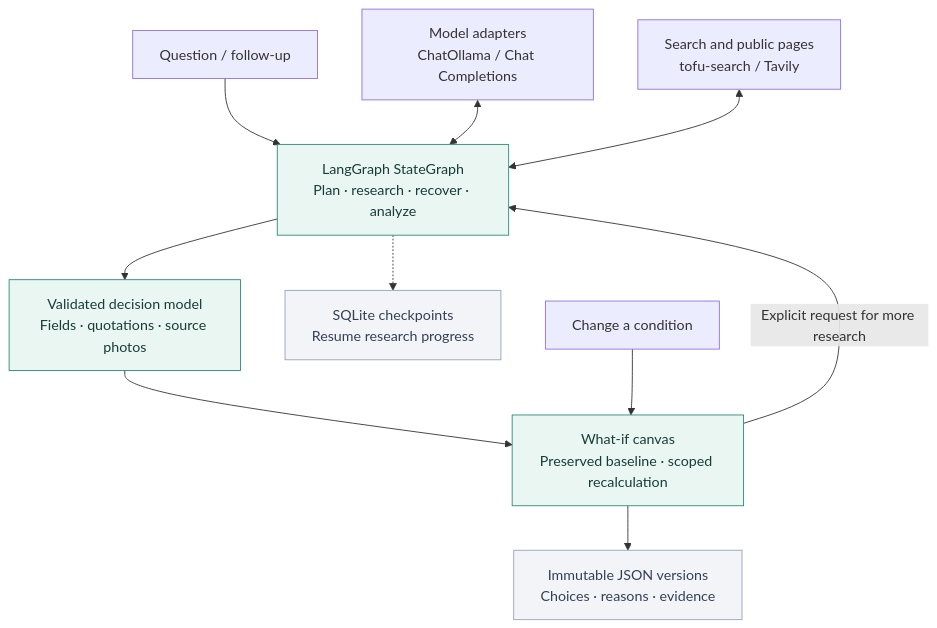
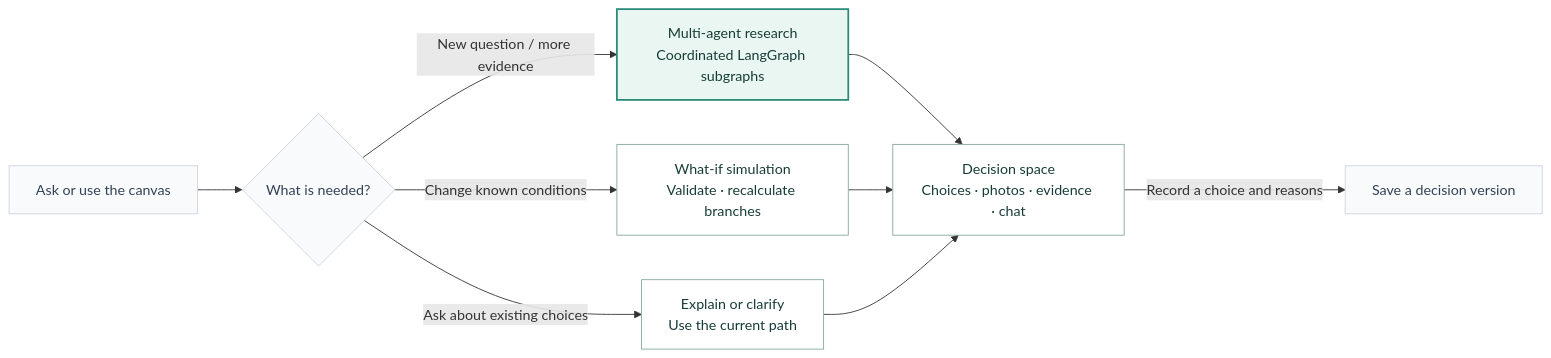
The first of 2 diagrams in docs/i18n/README.en.md (mianwtt/prism), drawn with Mermaid before and after one commit. The commit also changed other lines of this file and 51 other files, not shown here.

Commit message:
feat: publish specialist agents and refresh bilingual architecture

````diff
--- a/docs/i18n/README.en.md
+++ b/docs/i18n/README.en.md
@@ -93,16 +113,17 @@
 ```mermaid
-flowchart TB
-  Question["Question / follow-up"] --> Agent["LangGraph StateGraph<br/>Plan · research · recover · analyze"]
-  Model["Model adapters<br/>ChatOllama / Chat Completions"] <--> Agent
-  Tools["Search and public pages<br/>tofu-search / Tavily"] <--> Agent
-  Agent --> Evidence["Validated decision model<br/>Fields · quotations · source photos"]
-  Agent -.-> Checkpoints["SQLite checkpoints<br/>Resume research progress"]
-  Evidence --> Canvas["What-if canvas<br/>Preserved baseline · scoped recalculation"]
-  Conditions["Change a condition"] --> Canvas
-  Canvas --> Memory["Immutable JSON versions<br/>Choices · reasons · evidence"]
-  Canvas -->|Explicit request for more research| Agent
-  classDef agent fill:#eaf6f1,stroke:#2b8a78,color:#173d36;
-  classDef store fill:#f2f4f8,stroke:#94a3b8,color:#334155;
-  class Agent,Evidence,Canvas agent;
-  class Checkpoints,Memory store;
+flowchart LR
+  Input["Ask or use the canvas"] --> Route{"What is needed?"}
+  Route -->|New question / more evidence| Research["Multi-agent research<br/>Coordinated LangGraph subgraphs"]
+  Route -->|Change known conditions| Recalculate["What-if simulation<br/>Validate · recalculate branches"]
+  Route -->|Ask about existing choices| Explain["Explain or clarify<br/>Use the current path"]
+  Research --> Space["Decision space<br/>Choices · photos · evidence · chat"]
+  Recalculate --> Space
+  Explain --> Space
+  Space -->|Record a choice and reasons| Record["Save a decision version"]
+  classDef neutral fill:#f8fafc,stroke:#cbd5e1,color:#334155;
+  classDef research fill:#eaf6f1,stroke:#2b8a78,color:#173d36,stroke-width:2px;
+  classDef work fill:#ffffff,stroke:#86a99c,color:#173d36;
+  class Input,Route,Record neutral;
+  class Research research;
+  class Recalculate,Explain,Space work;
 ```
````
